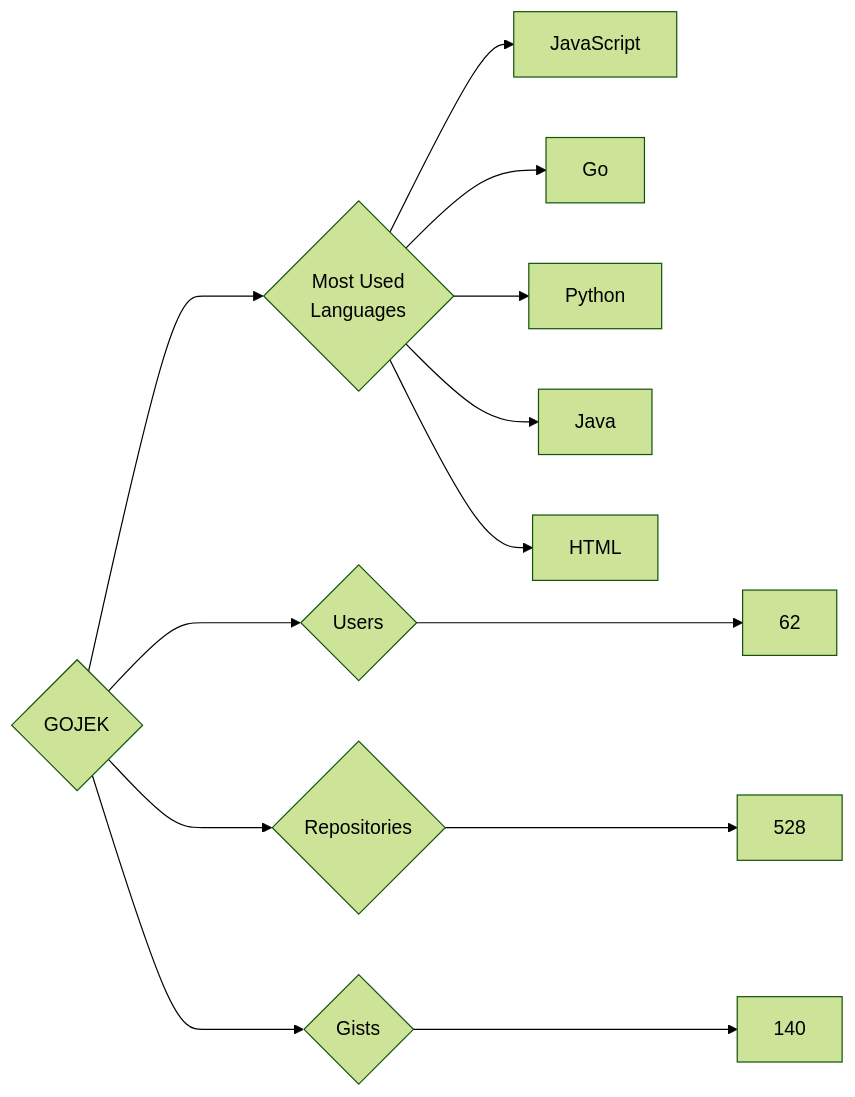
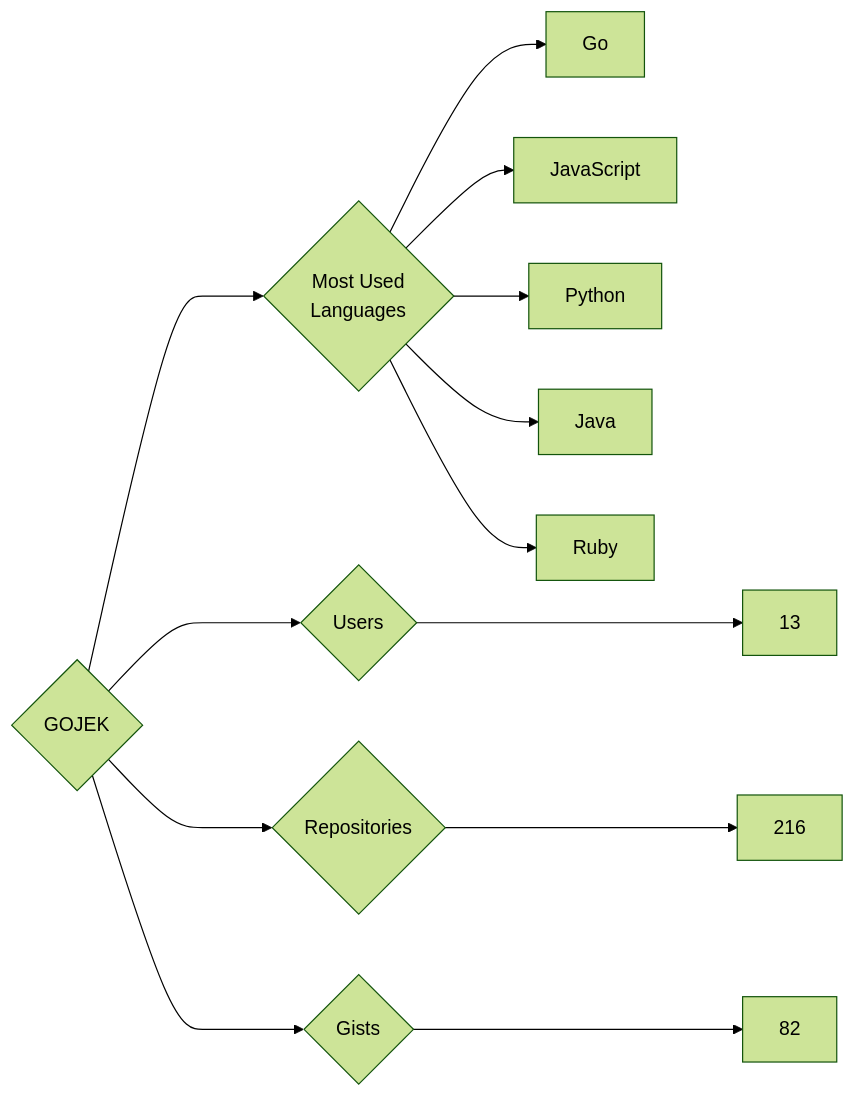
The diagram in targets/GOJEK/README.md (trickest/insiders), drawn with Mermaid (forest theme) before and after one commit. The commit also changed 682 other files, not shown here.

````diff
--- a/targets/GOJEK/README.md
+++ b/targets/GOJEK/README.md
@@ -3,13 +3,13 @@
 ```mermaid
 graph LR
 COMPANY_NAME{GOJEK}
-COMPANY_NAME ---> U{Users} ---> UN[62]
-COMPANY_NAME ---> R{Repositories} ---> RN[528]
-COMPANY_NAME ---> G{Gists} ---> GN[140]
+COMPANY_NAME ---> U{Users} ---> UN[13]
+COMPANY_NAME ---> R{Repositories} ---> RN[216]
+COMPANY_NAME ---> G{Gists} ---> GN[82]
 COMPANY_NAME ---> ML{Most Used<br>Languages}
+ML --> Go[Go]
 ML --> JavaScript[JavaScript]
-ML --> Go[Go]
 ML --> Python[Python]
 ML --> Java[Java]
-ML --> HTML[HTML]
+ML --> Ruby[Ruby]
 ```
````
